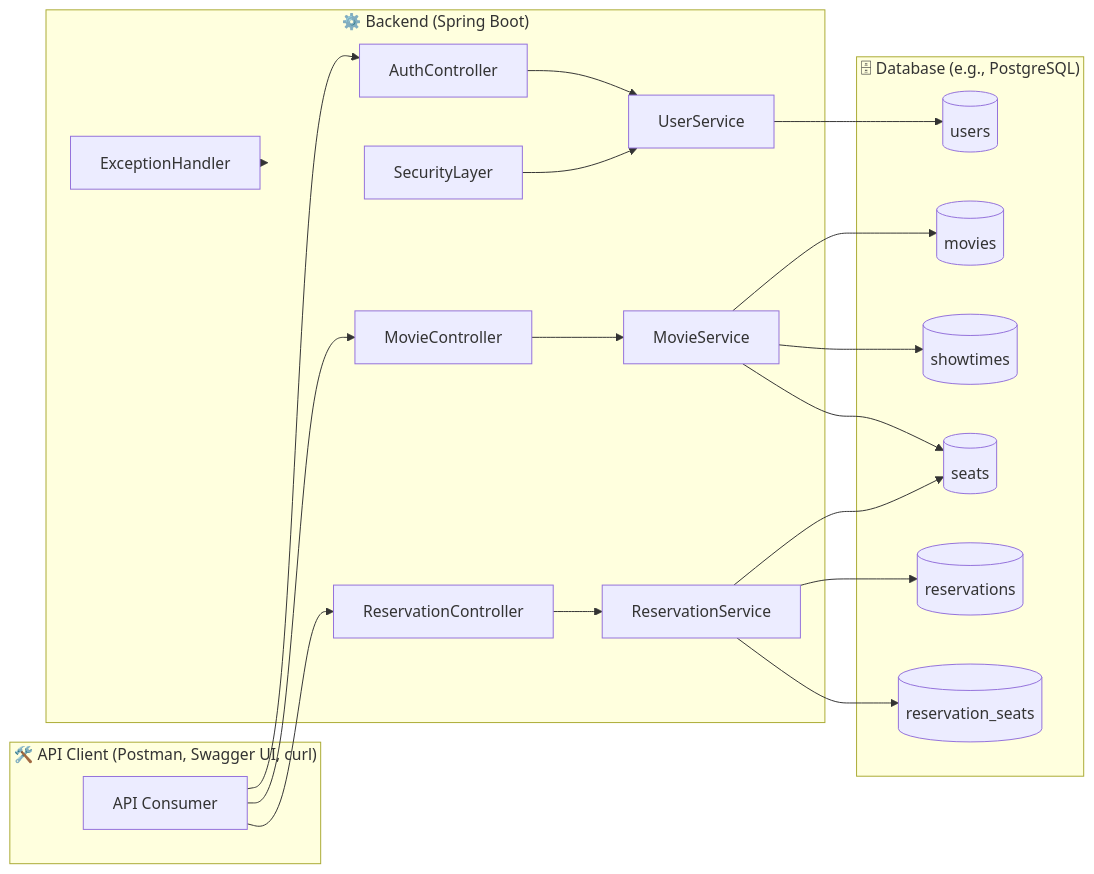
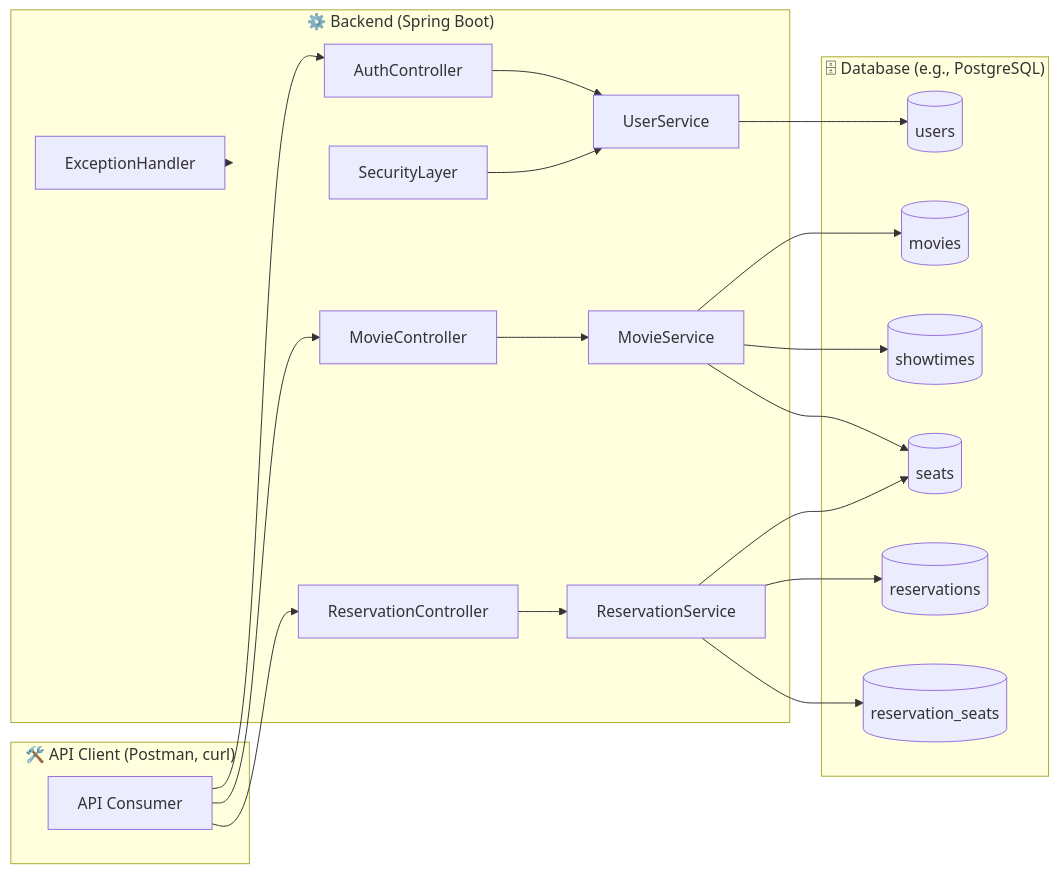
One commit to parthibCsaha/MovieReservation-System changed the first of 3 diagrams in README.md. Above: the diagram before and after it, drawn with Mermaid. The commit also changed other lines of this file, not shown here.

````diff
--- a/README.md
+++ b/README.md
@@ -28,39 +28,39 @@
 ```mermaid
 flowchart LR
-    subgraph Client["🛠️ API Client (Postman, Swagger UI, curl)"]
+    subgraph Client["🛠️ API Client (Postman, curl)"]
         APIClient["API Consumer"]
     end
     subgraph Server["⚙️ Backend (Spring Boot)"]
         AuthController
         MovieController
         ReservationController
         UserService
         MovieService
         ReservationService
         SecurityLayer
         ExceptionHandler
     end
     subgraph DB["🗄 Database (e.g., PostgreSQL)"]
         UserTable[(users)]
         MovieTable[(movies)]
         ShowtimeTable[(showtimes)]
         SeatTable[(seats)]
         ReservationTable[(reservations)]
         ReservationSeatTable[(reservation_seats)]
     end
     APIClient --> AuthController
     APIClient --> MovieController
     APIClient --> ReservationController
     AuthController --> UserService
     MovieController --> MovieService
     ReservationController --> ReservationService
     UserService --> UserTable
     MovieService --> MovieTable
     MovieService --> ShowtimeTable
     MovieService --> SeatTable
     ReservationService --> ReservationTable
     ReservationService --> ReservationSeatTable
     ReservationService --> SeatTable
     SecurityLayer --> UserService
     ExceptionHandler --> Server
 ```
````
